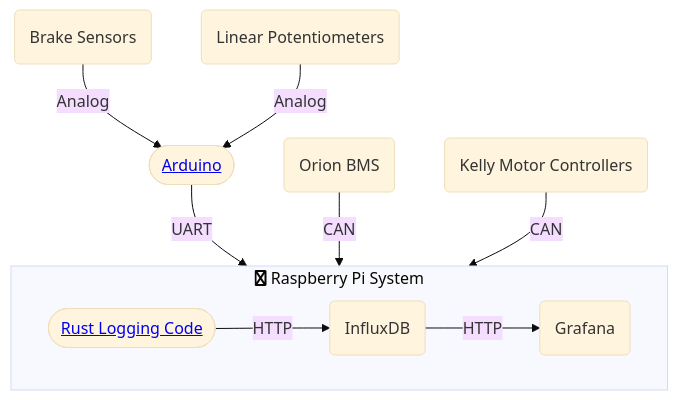
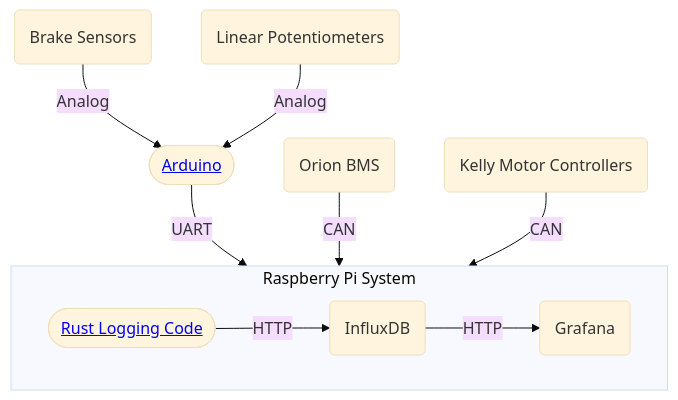
Before and after one commit to Anteater-Electric-Racing/embedded: the diagram in README.md, drawn with Mermaid (base theme).

Commit message:
remove fa

````diff
--- a/README.md
+++ b/README.md
@@ -1,12 +1,12 @@
 ```mermaid
 flowchart TD
     B(Brake Sensors) -->|Analog| A(["<a href='https://github.com/AlistairKeiller/FSAE/tree/master/fsae-arduino' target='_blank'>Arduino</a>"])
     L(Linear Potentiometers) -->|Analog| A(["<a href='https://github.com/AlistairKeiller/FSAE/tree/master/fsae-arduino' target='_blank'>Arduino</a>"])
-    A(["<a href='https://github.com/AlistairKeiller/FSAE/tree/master/fsae-arduino' target='_blank'>Arduino</a>"]) -->|UART| Pi[fa:fa-raspberry-pi Raspberry Pi System]
-    O(Orion BMS) -->|CAN| Pi[fa:fa-raspberry-pi Raspberry Pi System]
-    K(Kelly Motor Controllers) -->|CAN| Pi[fa:fa-raspberry-pi Raspberry Pi System]
-    subgraph Pi[fa:fa-raspberry-pi Raspberry Pi System]
+    A(["<a href='https://github.com/AlistairKeiller/FSAE/tree/master/fsae-arduino' target='_blank'>Arduino</a>"]) -->|UART| Pi[Raspberry Pi System]
+    O(Orion BMS) -->|CAN| Pi[Raspberry Pi System]
+    K(Kelly Motor Controllers) -->|CAN| Pi[Raspberry Pi System]
+    subgraph Pi[Raspberry Pi System]
         R(["<a href='https://github.com/AlistairKeiller/FSAE/tree/master/fsae-raspi' target='_blank'>Rust Logging Code</a>"]) -->|HTTP| I(InfluxDB)
         I(InfluxDB) -->|HTTP| G(Grafana)
     end
 ```
````
